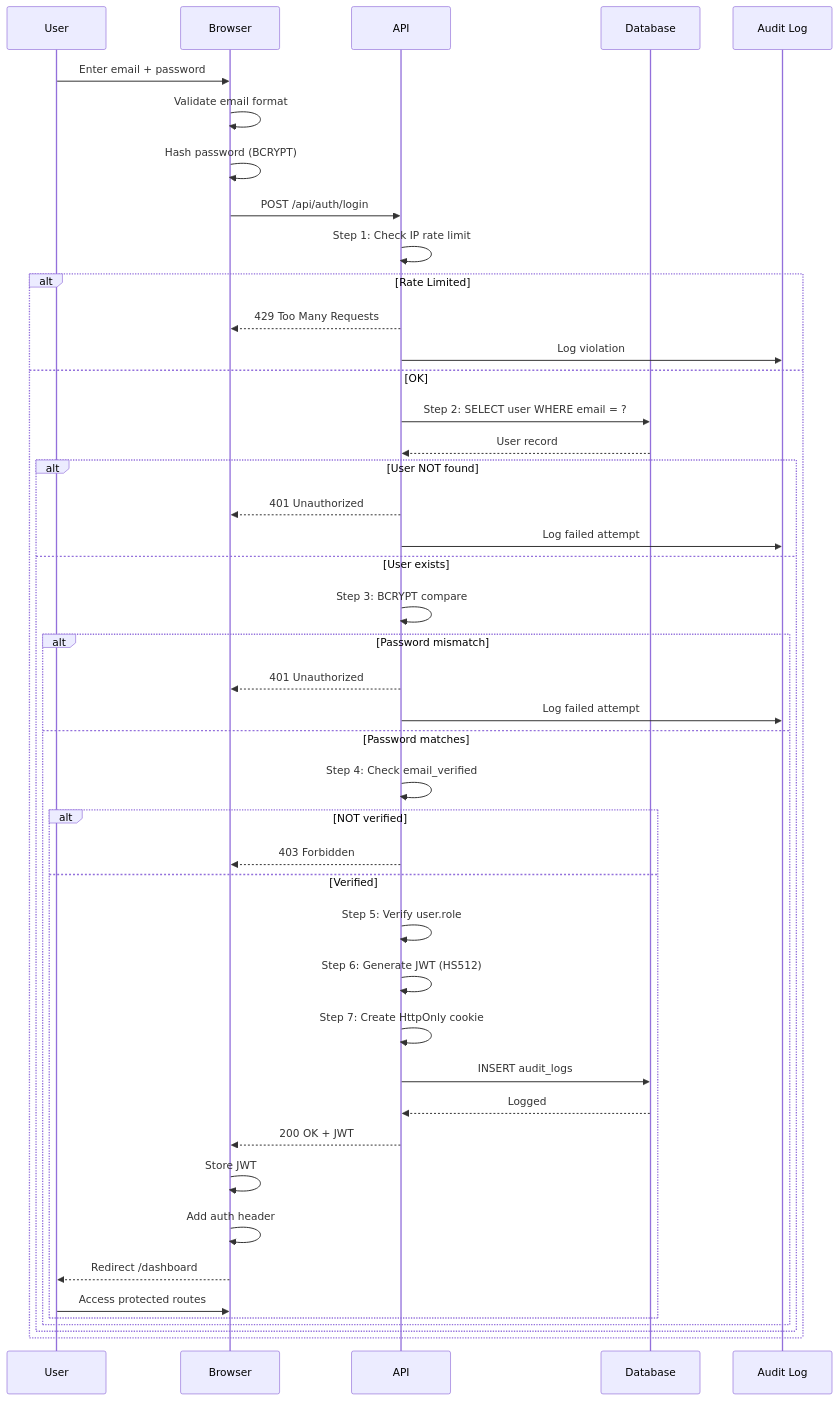
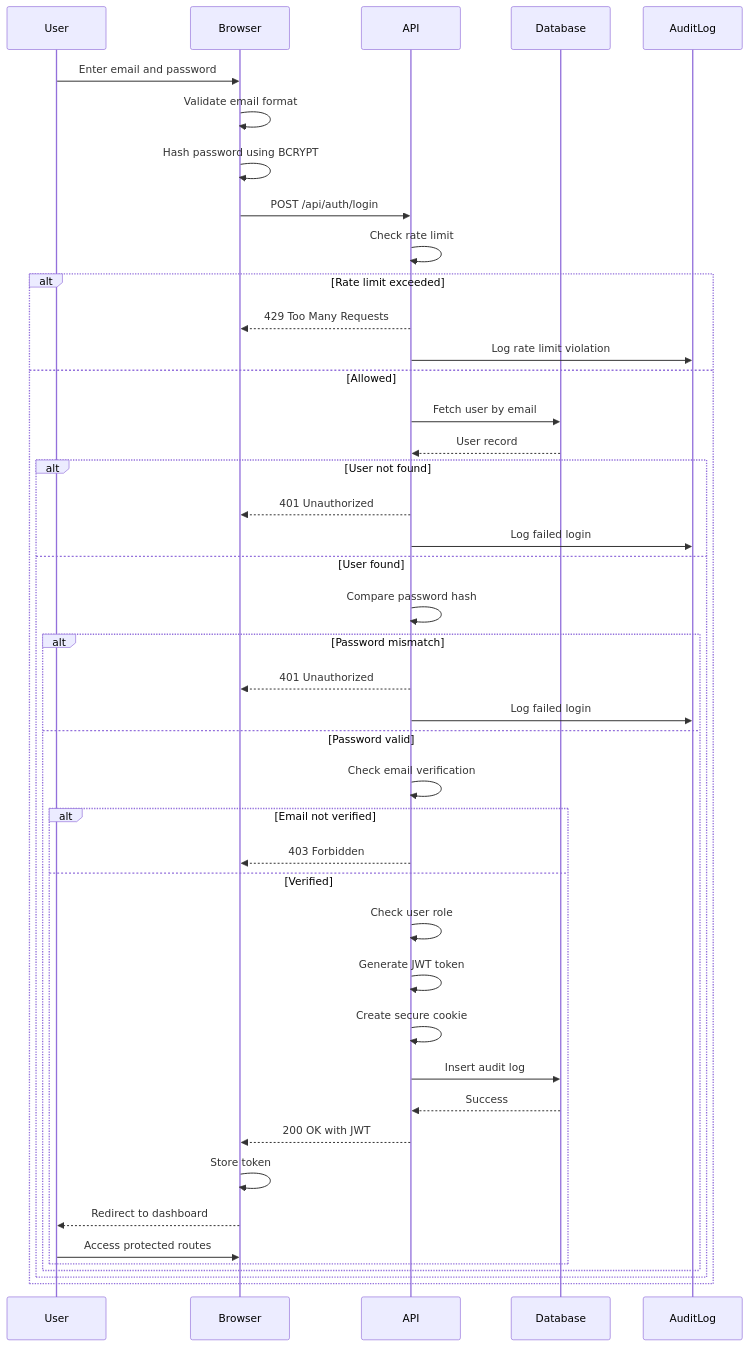
The first of 4 diagrams in README.md (LHemu2005/bridgesoft), drawn with Mermaid before and after one commit. The commit also changed other lines of this file, not shown here.

First line of the commit message:
diagrams updated

````diff
--- a/README.md
+++ b/README.md
@@ -188,54 +186,53 @@
 ```mermaid
 sequenceDiagram
     participant User
     participant Browser
     participant API
     participant DB as Database
-    participant Audit as Audit Log
+    participant Audit as AuditLog
 
-    User->>Browser: Enter email + password
+    User->>Browser: Enter email and password
     Browser->>Browser: Validate email format
-    Browser->>Browser: Hash password (BCRYPT)
-    
+    Browser->>Browser: Hash password using BCRYPT
+
     Browser->>API: POST /api/auth/login
-    
-    API->>API: Step 1: Check IP rate limit
-    alt Rate Limited
+
+    API->>API: Check rate limit
+    alt Rate limit exceeded
         API-->>Browser: 429 Too Many Requests
-        API->>Audit: Log violation
-    else OK
-        API->>DB: Step 2: SELECT user WHERE email = ?
+        API->>Audit: Log rate limit violation
+    else Allowed
+        API->>DB: Fetch user by email
         DB-->>API: User record
-        
-        alt User NOT found
+
+        alt User not found
             API-->>Browser: 401 Unauthorized
-            API->>Audit: Log failed attempt
-        else User exists
-            API->>API: Step 3: BCRYPT compare
-            
+            API->>Audit: Log failed login
+        else User found
+            API->>API: Compare password hash
+
             alt Password mismatch
                 API-->>Browser: 401 Unauthorized
-                API->>Audit: Log failed attempt
-            else Password matches
-                API->>API: Step 4: Check email_verified
-                
-                alt NOT verified
+                API->>Audit: Log failed login
+            else Password valid
+                API->>API: Check email verification
+
+                alt Email not verified
                     API-->>Browser: 403 Forbidden
                 else Verified
-                    API->>API: Step 5: Verify user.role
-                    API->>API: Step 6: Generate JWT (HS512)
-                    API->>API: Step 7: Create HttpOnly cookie
-                    
-                    API->>DB: INSERT audit_logs
-                    DB-->>API: Logged
-                    
-                    API-->>Browser: 200 OK + JWT
-                    Browser->>Browser: Store JWT
-                    Browser->>Browser: Add auth header
-                    Browser-->>User: Redirect /dashboard
+                    API->>API: Check user role
+                    API->>API: Generate JWT token
+                    API->>API: Create secure cookie
+
+                    API->>DB: Insert audit log
+                    DB-->>API: Success
+
+                    API-->>Browser: 200 OK with JWT
+                    Browser->>Browser: Store token
+                    Browser-->>User: Redirect to dashboard
                     User->>Browser: Access protected routes
                 end
             end
         end
     end
 ```
````
